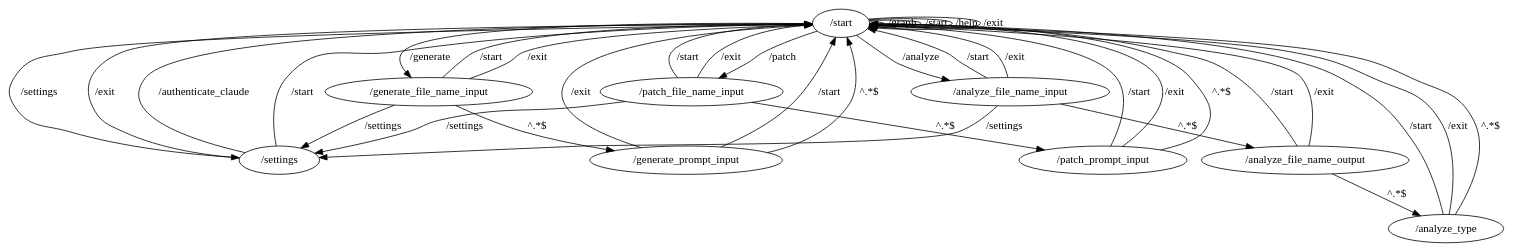
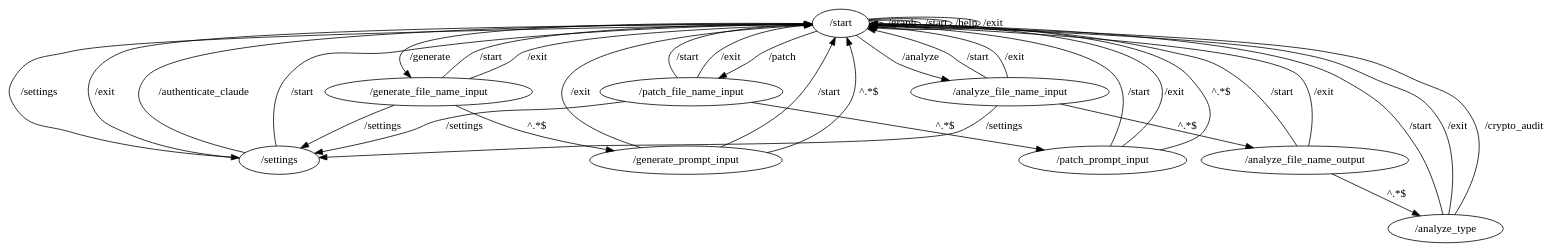
One commit to VasyaLutiy/MorphReborn changed the diagram in flows/morph.dot. Above: the diagram before and after it, drawn with Graphviz. The commit also changed 3 other files, not shown here.

```diff
--- a/flows/morph.dot
+++ b/flows/morph.dot
@@ -1,37 +1,37 @@
 digraph G {
 	"/start" -> "/start" [label="/graph"]
 	"/start" -> "/start" [label="/start"]
 	"/start" -> "/settings" [label="/settings"]
 	"/settings" -> "/start" [label="/exit"]
 	"/settings" -> "/start" [label="/authenticate_claude"]
 	"/settings" -> "/start" [label="/start"]
 	"/start" -> "/start" [label="/help"]
 	"/start" -> "/start" [label="/exit"]
 	"/start" -> "/generate_file_name_input" [label="/generate"]
 	"/generate_file_name_input" -> "/start" [label="/start"]
 	"/generate_file_name_input" -> "/start" [label="/exit"]
 	"/generate_file_name_input" -> "/settings" [label="/settings"]
 	"/generate_file_name_input" -> "/generate_prompt_input" [label="^.*$"]
 	"/generate_prompt_input" -> "/start" [label="/start"]
 	"/generate_prompt_input" -> "/start" [label="/exit"]
 	"/generate_prompt_input" -> "/start" [label="^.*$"]
 	"/start" -> "/patch_file_name_input" [label="/patch"]
 	"/patch_file_name_input" -> "/start" [label="/start"]
 	"/patch_file_name_input" -> "/start" [label="/exit"]
 	"/patch_file_name_input" -> "/settings" [label="/settings"]
 	"/patch_file_name_input" -> "/patch_prompt_input" [label="^.*$"]
 	"/patch_prompt_input" -> "/start" [label="/start"]
 	"/patch_prompt_input" -> "/start" [label="/exit"]
 	"/patch_prompt_input" -> "/start" [label="^.*$"]
 	"/start" -> "/analyze_file_name_input" [label="/analyze"]
 	"/analyze_file_name_input" -> "/start" [label="/start"]
 	"/analyze_file_name_input" -> "/settings" [label="/settings"]
 	"/analyze_file_name_input" -> "/start" [label="/exit"]
 	"/analyze_file_name_input" -> "/analyze_file_name_output" [label="^.*$"]
 	"/analyze_file_name_output" -> "/start" [label="/start"]
 	"/analyze_file_name_output" -> "/start" [label="/exit"]
 	"/analyze_file_name_output" -> "/analyze_type" [label="^.*$"]
 	"/analyze_type" -> "/start" [label="/start"]
 	"/analyze_type" -> "/start" [label="/exit"]
-	"/analyze_type" -> "/start" [label="^.*$"]
+	"/analyze_type" -> "/start" [label="/crypto_audit"]
 }
```
